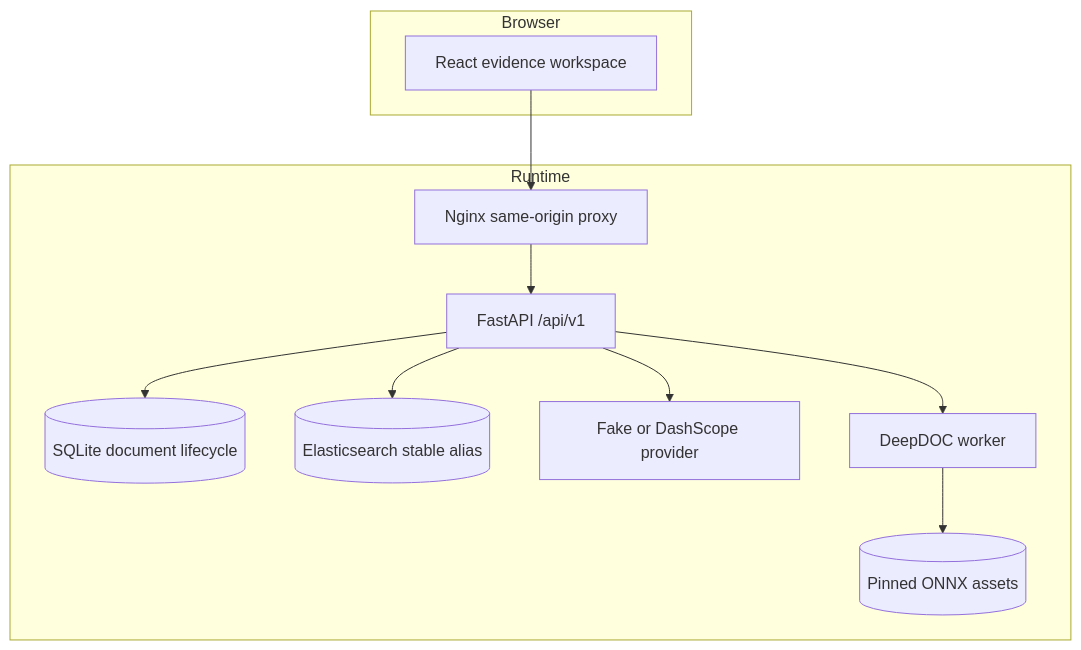
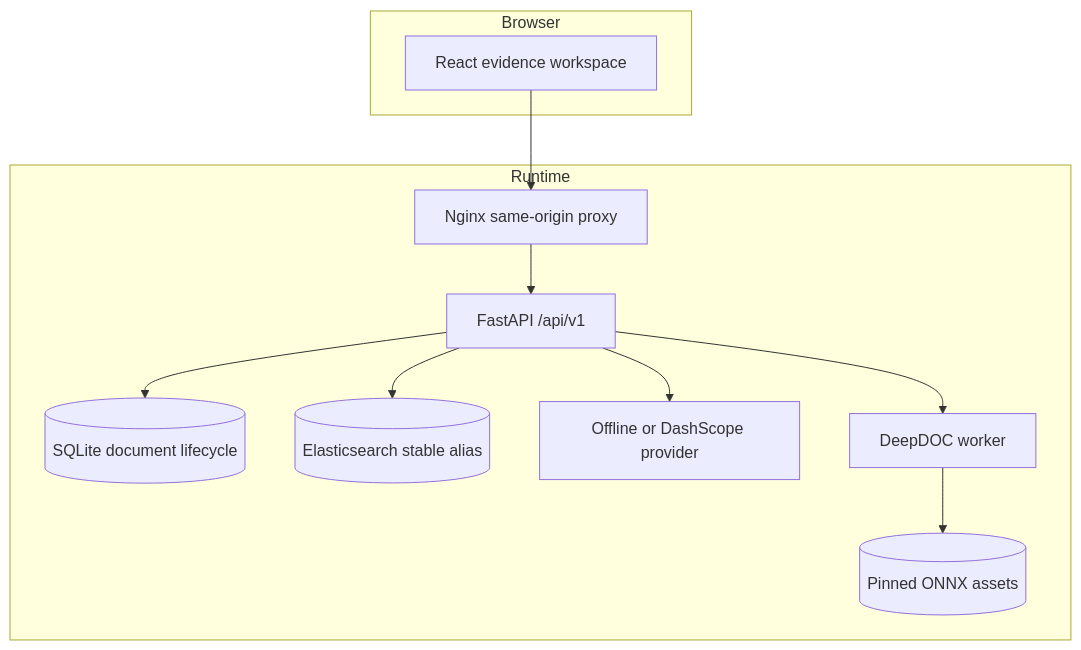
Before and after one commit to aristotlephil8-cell/emc-rag-evidence-assistant: the first of 3 diagrams in docs/ARCHITECTURE.md, drawn with Mermaid. The commit also changed other lines of this file and 28 other files, not shown here.

First line of the commit message:
feat: add offline and private RAG evaluation flow

````diff
--- a/docs/ARCHITECTURE.md
+++ b/docs/ARCHITECTURE.md
@@ -9,21 +9,21 @@
 ```mermaid
 flowchart TB
     subgraph Browser
       UI[React evidence workspace]
     end
     subgraph Runtime
       NX[Nginx same-origin proxy]
       API[FastAPI /api/v1]
       META[(SQLite document lifecycle)]
       ES[(Elasticsearch stable alias)]
-      MODELS[Fake or DashScope provider]
+      MODELS[Offline or DashScope provider]
       DD[DeepDOC worker]
       ASSETS[(Pinned ONNX assets)]
     end
 
     UI --> NX --> API
     API --> META
     API --> ES
     API --> MODELS
     API --> DD --> ASSETS
 ```
````
